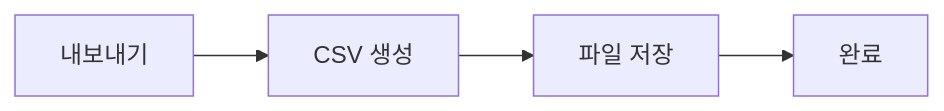
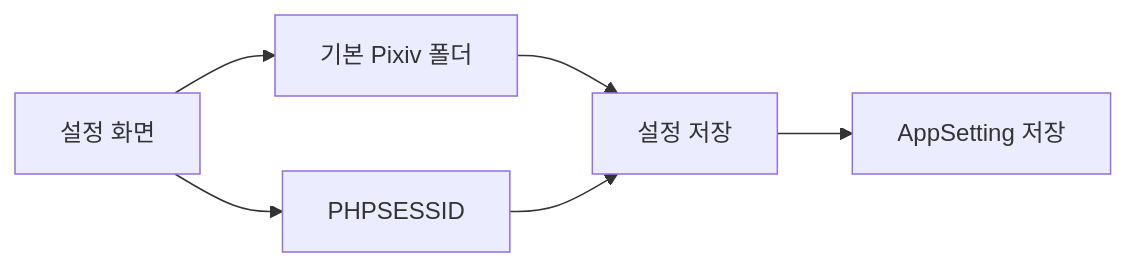
One commit to PKT0623/PixivLocalManager changed the eighth of 13 diagrams in docs/03_SYSTEM_FLOW.md. Above: the diagram before and after it, drawn with Mermaid. The commit also changed other lines of this file and 11 other files, not shown here.

````diff
--- a/docs/03_SYSTEM_FLOW.md
+++ b/docs/03_SYSTEM_FLOW.md
@@ -128,11 +188,14 @@
 ```mermaid
 flowchart LR
 
-A[내보내기]
+A[설정 화면]
 
-A --> B[CSV 생성]
+A --> B[기본 Pixiv 폴더]
 
-B --> C[파일 저장]
+A --> C[PHPSESSID]
 
-C --> D[완료]
+B --> D[설정 저장]
+C --> D
+
+D --> E[AppSetting 저장]
 ```
````
